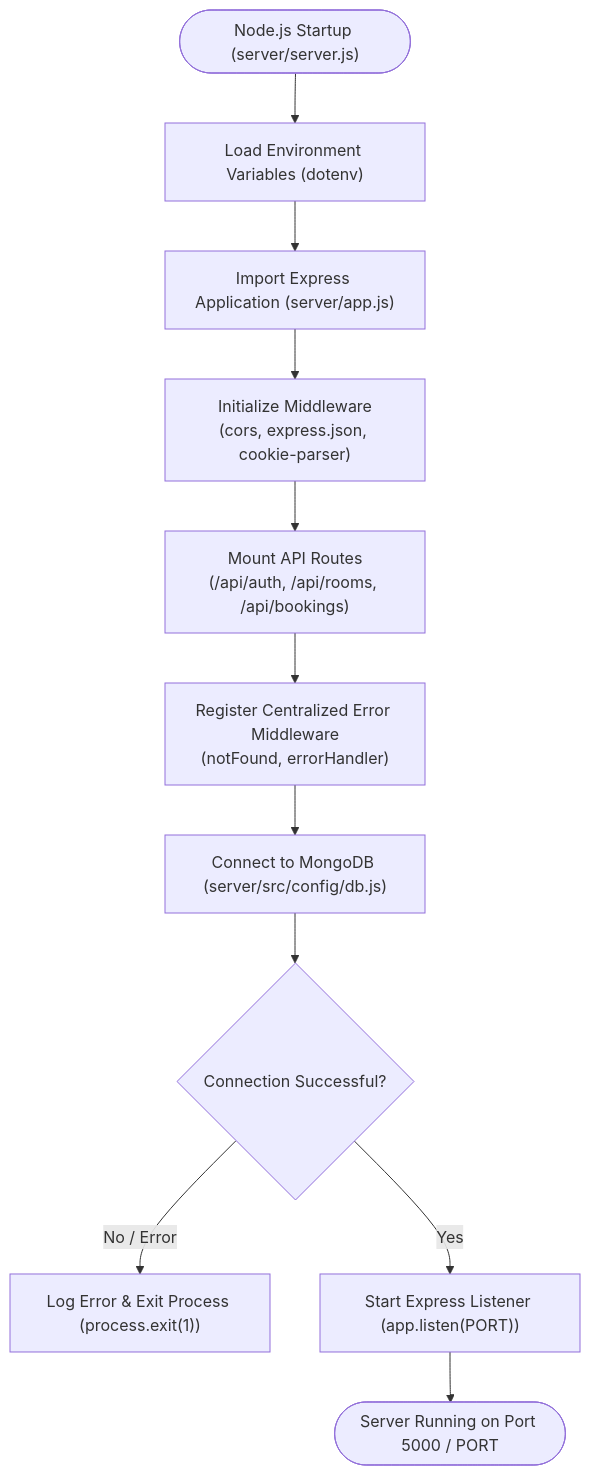
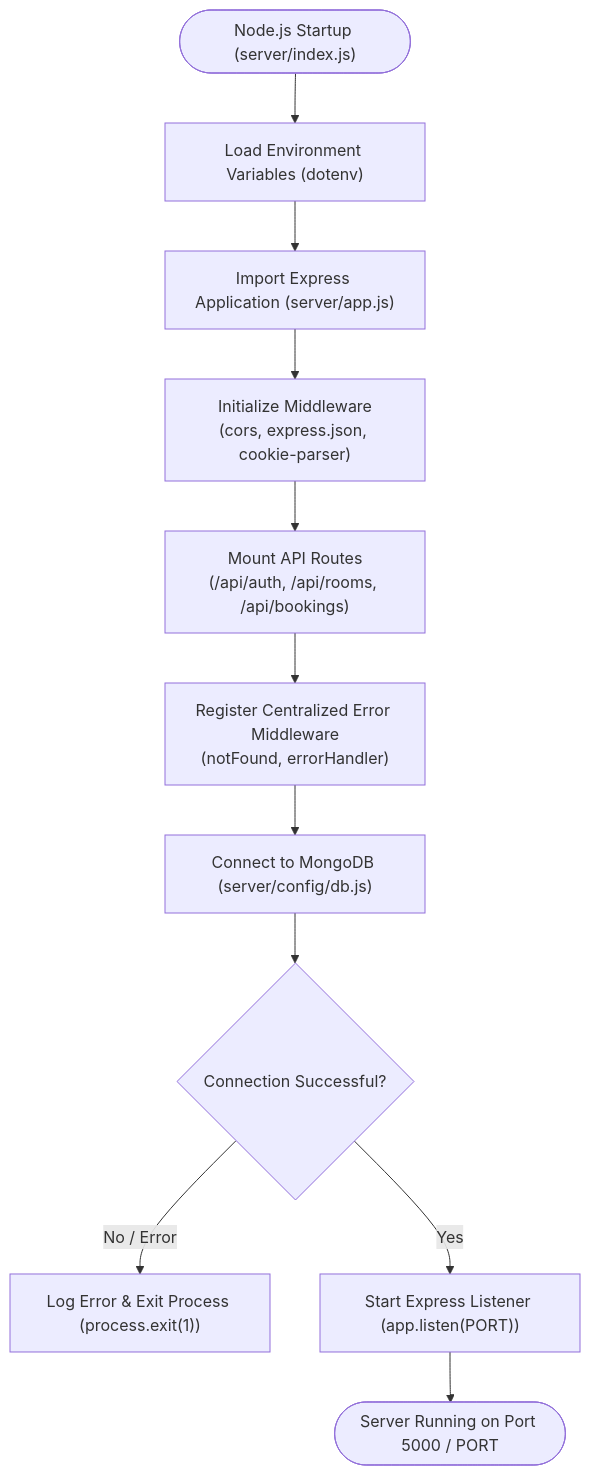
Before and after one commit to codingcaptain001/HotelPro: the diagram in docs/project-architecture/server-setup.md, drawn with Mermaid. The commit also changed other lines of this file and 5 other files, not shown here.

Commit message:
fix: rename server.js to index.js to meet canonical startup requirement

````diff
--- a/docs/project-architecture/server-setup.md
+++ b/docs/project-architecture/server-setup.md
@@ -89,14 +88,14 @@
 ```mermaid
 flowchart TD
-    Start(["Node.js Startup (server/server.js)"]) --> LoadEnv["Load Environment Variables (dotenv)"]
+    Start(["Node.js Startup (server/index.js)"]) --> LoadEnv["Load Environment Variables (dotenv)"]
     LoadEnv --> InitApp["Import Express Application (server/app.js)"]
     InitApp --> SetupMiddleware["Initialize Middleware<br/>(cors, express.json, cookie-parser)"]
     SetupMiddleware --> MountRoutes["Mount API Routes<br/>(/api/auth, /api/rooms, /api/bookings)"]
     MountRoutes --> SetupErrMW["Register Centralized Error Middleware<br/>(notFound, errorHandler)"]
-    SetupErrMW --> ConnectDB["Connect to MongoDB (server/src/config/db.js)"]
+    SetupErrMW --> ConnectDB["Connect to MongoDB (server/config/db.js)"]
     
     ConnectDB --> DBCheck{"Connection Successful?"}
     DBCheck -->|"No / Error"| LogError["Log Error & Exit Process (process.exit(1))"]
     DBCheck -->|"Yes"| StartListener["Start Express Listener (app.listen(PORT))"]
     StartListener --> ServerRunning(["Server Running on Port 5000 / PORT"])
 ```
````
